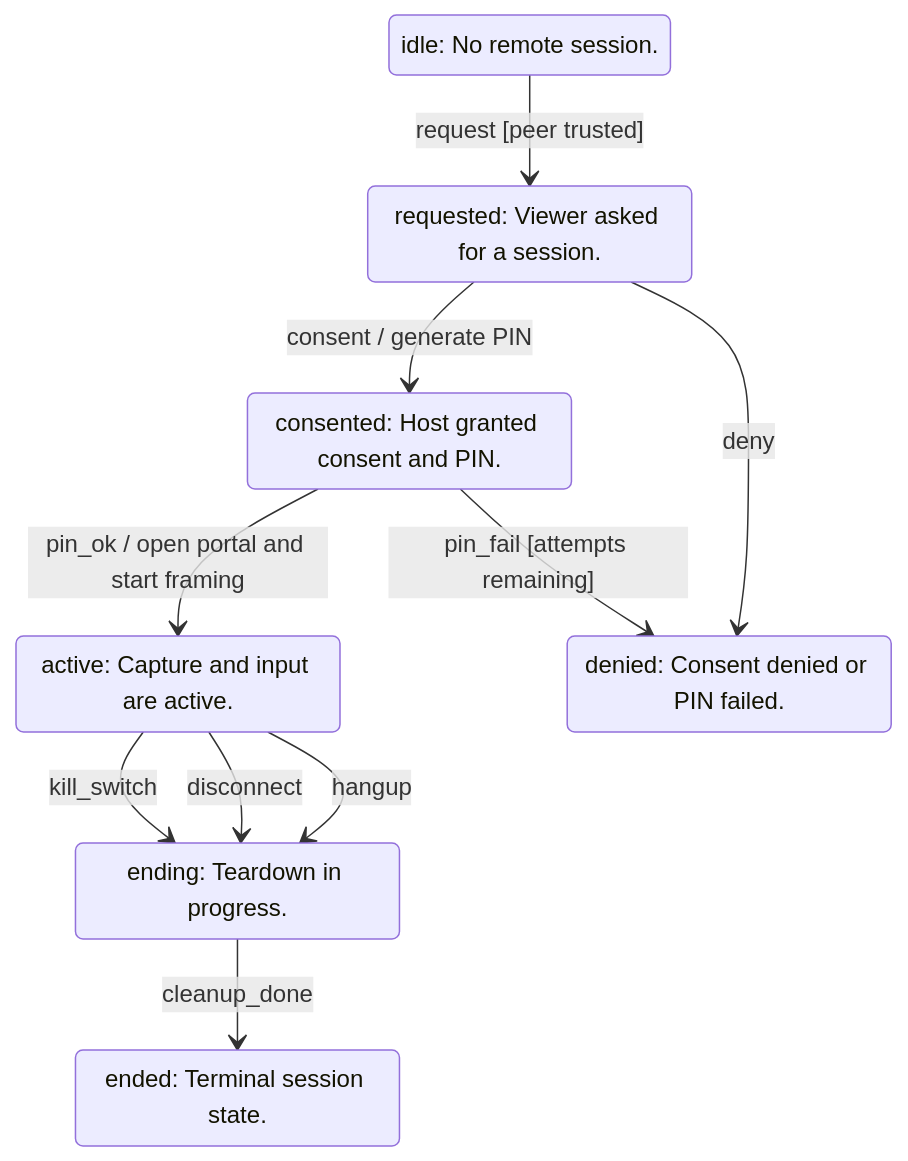
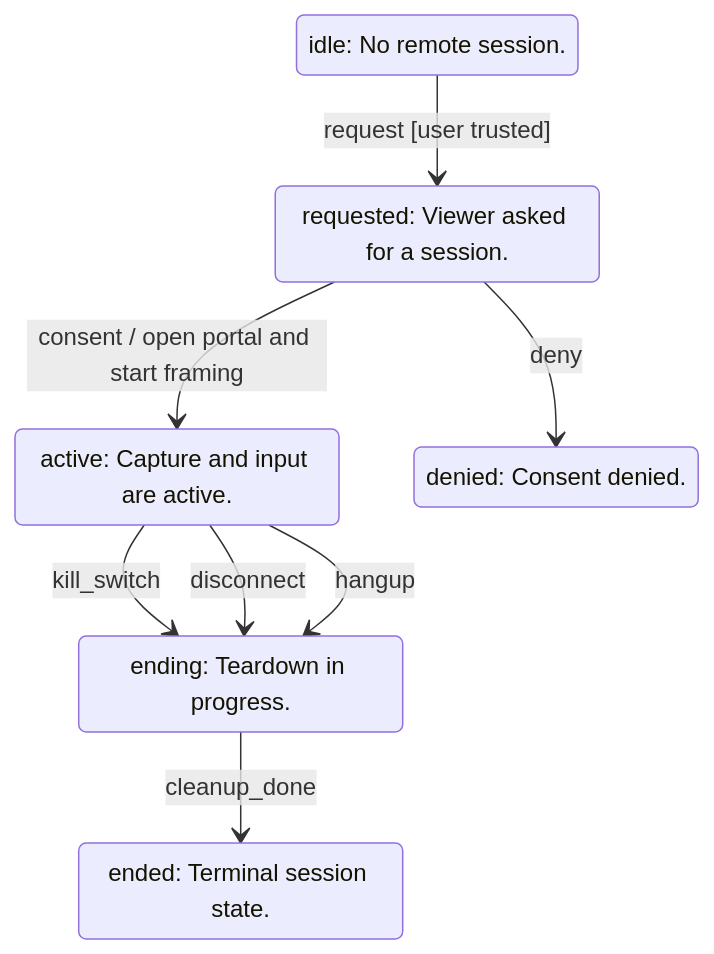
The diagram in docs/systems/generated/state-machines/remote.md (TICO-CO/TiConnect), drawn with Mermaid before and after one commit. The commit also changed other lines of this file and 216 other files, not shown here.

````diff
--- a/docs/systems/generated/state-machines/remote.md
+++ b/docs/systems/generated/state-machines/remote.md
@@ -8,19 +8,16 @@
 ```mermaid
 stateDiagram-v2
   state "idle: No remote session." as s_idle
   state "requested: Viewer asked for a session." as s_requested
-  state "consented: Host granted consent and PIN." as s_consented
   state "active: Capture and input are active." as s_active
   state "ending: Teardown in progress." as s_ending
   state "ended: Terminal session state." as s_ended
-  state "denied: Consent denied or PIN failed." as s_denied
-  s_idle --> s_requested: request [peer trusted]
-  s_requested --> s_consented: consent / generate PIN
+  state "denied: Consent denied." as s_denied
+  s_idle --> s_requested: request [user trusted]
+  s_requested --> s_active: consent / open portal and start framing
   s_requested --> s_denied: deny
-  s_consented --> s_active: pin_ok / open portal and start framing
-  s_consented --> s_denied: pin_fail [attempts remaining]
   s_active --> s_ending: kill_switch
   s_active --> s_ending: disconnect
   s_active --> s_ending: hangup
   s_ending --> s_ended: cleanup_done
 ```
````
